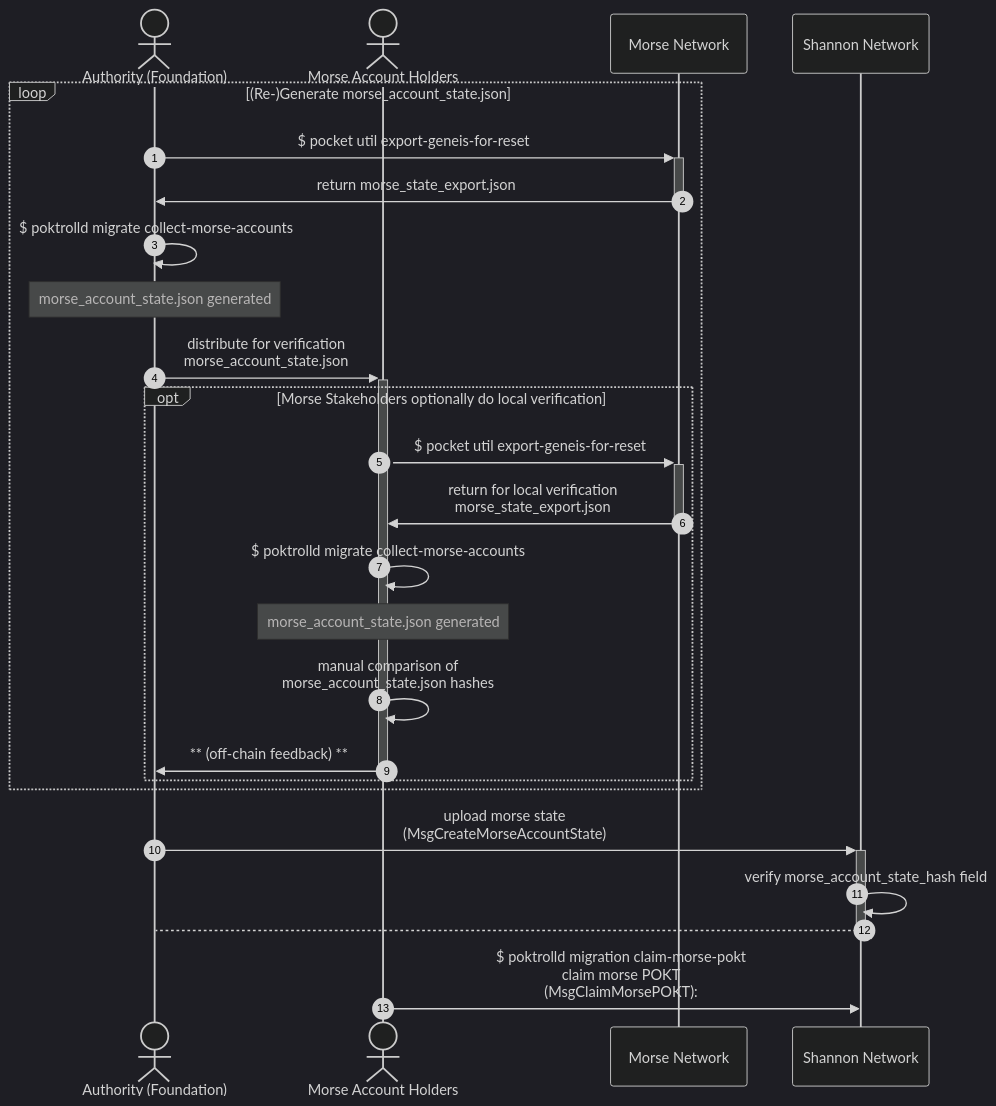
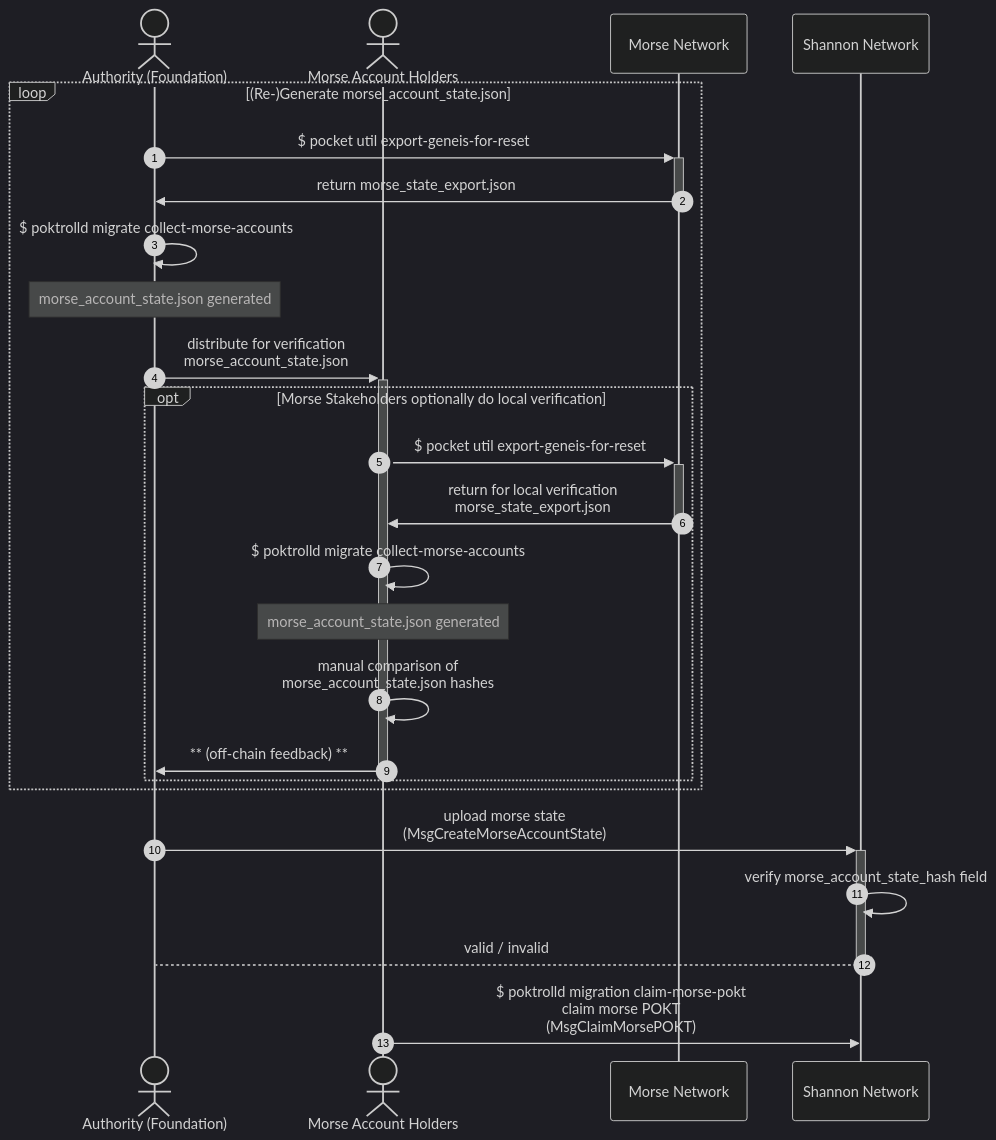
Before and after one commit to pokt-network/poktroll: the first of 5 diagrams in docusaurus/docs/operate/morse_migration/morse-migration.md, drawn with Mermaid (dark theme). The commit also changed other lines of this file and 8 other files, not shown here.

````diff
--- a/docusaurus/docs/operate/morse_migration/morse-migration.md
+++ b/docusaurus/docs/operate/morse_migration/morse-migration.md
@@ -10,37 +21,38 @@
 ```mermaid
 sequenceDiagram
-autonumber
-actor A as Authority (Foundation)
-actor MA as Morse Account Holders
-participant MN as Morse Network
-participant SN as Shannon Network
+    autonumber
 
-loop (Re-)Generate morse_account_state.json
+    actor A as Authority (Foundation)
+    actor MA as Morse Account Holders
+    participant MN as Morse Network
+    participant SN as Shannon Network
 
-    A ->>+ MN: $ pocket util export-geneis-for-reset
-    MN ->>- A: return morse_state_export.json
+    loop (Re-)Generate morse_account_state.json
 
-    A ->> A: $ poktrolld migrate collect-morse-accounts
-    note over A: morse_account_state.json generated
+        A ->>+ MN: $ pocket util export-geneis-for-reset
+        MN ->>- A: return morse_state_export.json
 
-    A ->>+ MA: distribute for verification <br> morse_account_state.json
+        A ->> A: $ poktrolld migrate collect-morse-accounts
+        note over A: morse_account_state.json generated
 
-    opt Morse Stakeholders optionally do local verification
-        MA ->>+ MN: $ pocket util export-geneis-for-reset
-        MN ->>- MA: return for local verification <br> morse_state_export.json
+        A ->>+ MA: distribute for verification <br> morse_account_state.json
 
-        MA ->> MA: $ poktrolld migrate collect-morse-accounts
-        note over MA: morse_account_state.json generated
-        MA ->> MA: manual comparison of <br> morse_account_state.json hashes
+        opt Morse Stakeholders optionally do local verification
+            MA ->>+ MN: $ pocket util export-geneis-for-reset
+            MN ->>- MA: return for local verification <br> morse_state_export.json
 
-        MA ->>- A: ** (off-chain feedback) **
+            MA ->> MA: $ poktrolld migrate collect-morse-accounts
+            note over MA: morse_account_state.json generated
+            MA ->> MA: manual comparison of <br> morse_account_state.json hashes
+
+            MA ->>- A: ** (off-chain feedback) **
+        end
+
     end
 
-end
+    A ->>+ SN: upload morse state<br/>(MsgCreateMorseAccountState)
+    SN ->> SN: verify morse_account_state_hash field
+    SN -->- A: valid / invalid
 
-A ->>+ SN: upload morse state<br/>(MsgCreateMorseAccountState)
-SN ->> SN: verify morse_account_state_hash field
-SN -->- A: 
-
-MA ->> SN: $ poktrolld migration claim-morse-pokt<br/>claim morse POKT<br/>(MsgClaimMorsePOKT): 
+    MA ->> SN: $ poktrolld migration claim-morse-pokt<br/>claim morse POKT<br/>(MsgClaimMorsePOKT)
 ```
````
